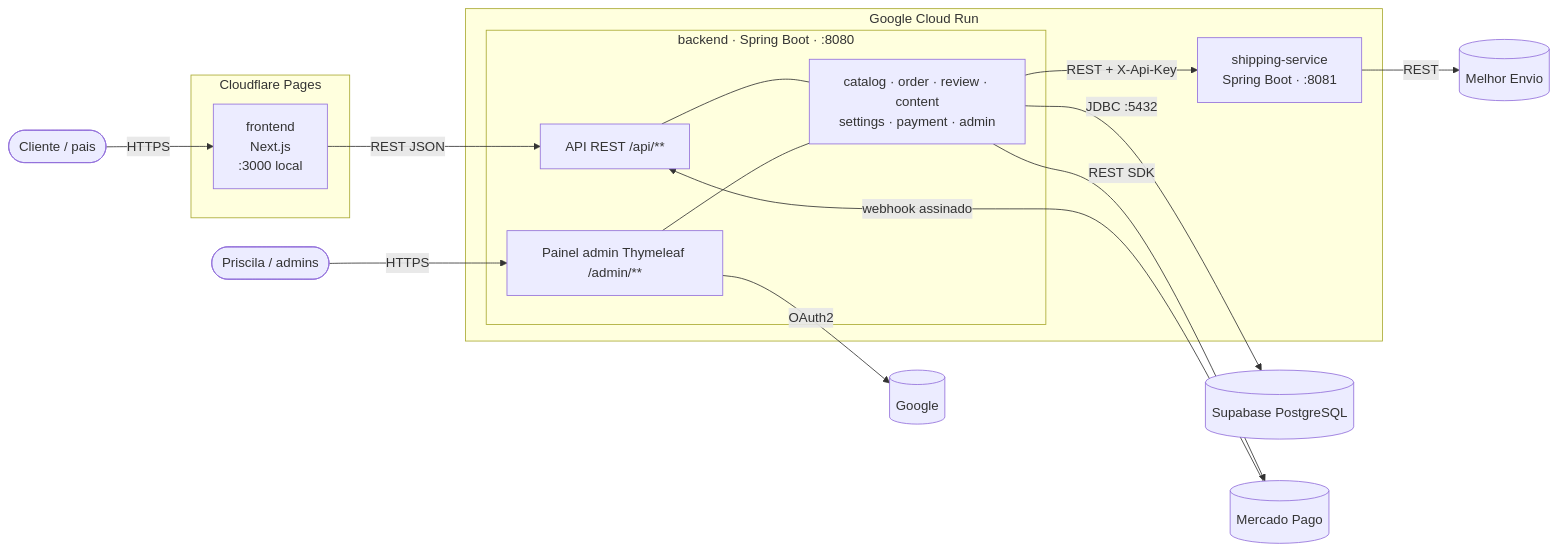
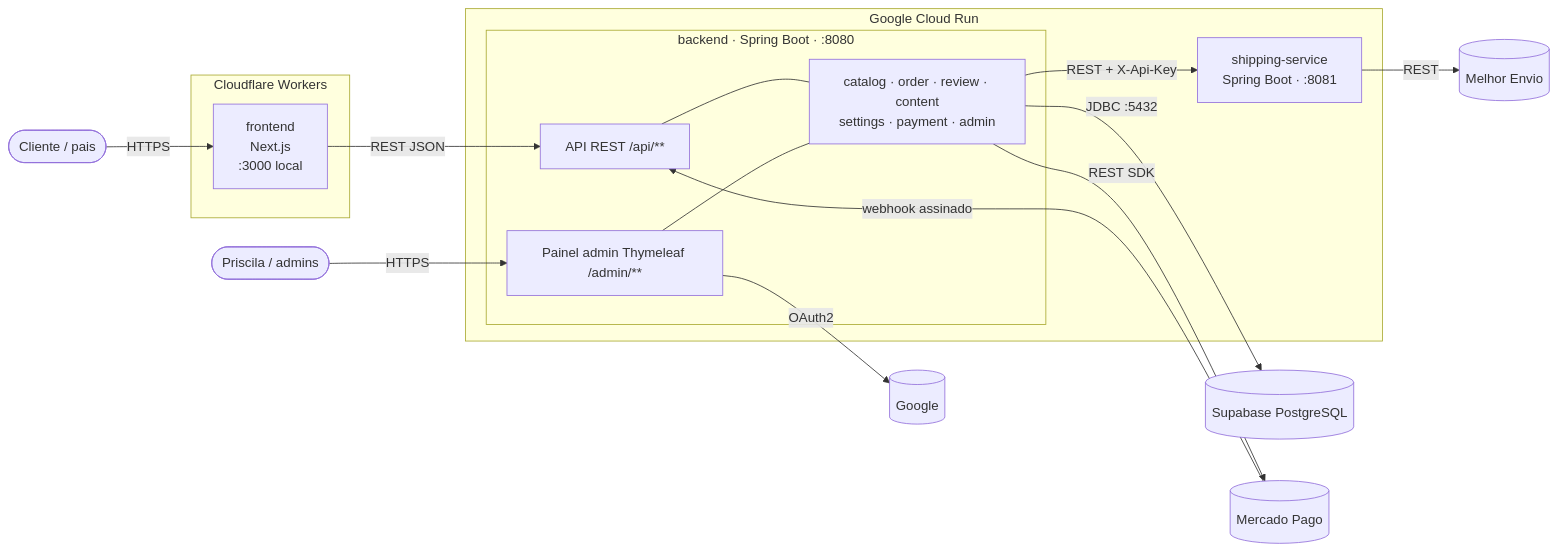
Before and after one commit to gabribaruelc/ASOBI: the first of 8 diagrams in docs/arquitetura.md, drawn with Mermaid. The commit also changed other lines of this file and 9 other files, not shown here.

First line of the commit message:
feat(frontend): deploy the store to Cloudflare Workers via OpenNext

````diff
--- a/docs/arquitetura.md
+++ b/docs/arquitetura.md
@@ -177,28 +177,28 @@
 ```mermaid
 flowchart LR
     cliente([Cliente / pais]) -->|HTTPS| loja
     priscila([Priscila / admins]) -->|HTTPS| painel
 
-    subgraph CF[Cloudflare Pages]
+    subgraph CF[Cloudflare Workers]
         loja[frontend<br/>Next.js<br/>:3000 local]
     end
 
     subgraph CR[Google Cloud Run]
         subgraph BE[backend · Spring Boot · :8080]
             api[API REST /api/**]
             painel[Painel admin Thymeleaf /admin/**]
             mods[catalog · order · review · content<br/>settings · payment · admin]
         end
         ship[shipping-service<br/>Spring Boot · :8081]
     end
 
     loja -->|REST JSON| api
     api --- mods
     painel --- mods
     mods -->|REST + X-Api-Key| ship
     ship -->|REST| ME[(Melhor Envio)]
     mods -->|JDBC :5432| DB[(Supabase PostgreSQL)]
     mods -->|REST SDK| MP[(Mercado Pago)]
     MP -->|webhook assinado| api
     painel -->|OAuth2| G[(Google)]
 ```
````
